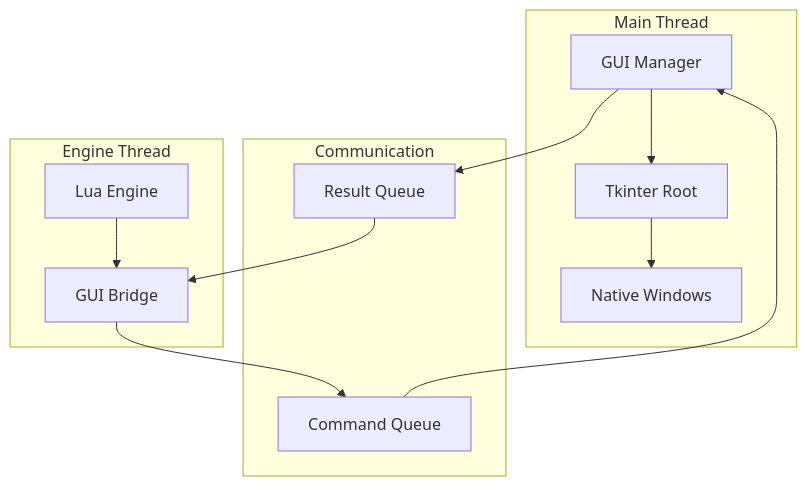
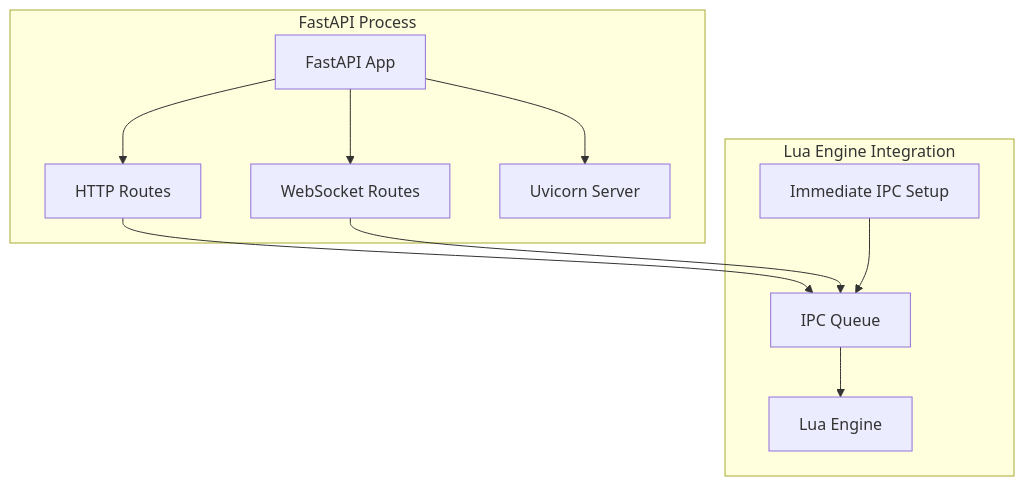
One commit to jangabrielsson/plua changed the third of 17 diagrams in ARCHITECTURE.md. Above: the diagram before and after it, drawn with Mermaid. The commit also changed other lines of this file and 2 other files, not shown here.

Commit message:
feat(scripts): Add PLua runner script for easier execution and environment setup

````diff
--- a/ARCHITECTURE.md
+++ b/ARCHITECTURE.md
@@ -111,26 +91,23 @@
 ```mermaid
 graph TB
-    subgraph "Main Thread"
-        GUI_MGR[GUI Manager]
-        TKINTER[Tkinter Root]
-        WINDOWS[Native Windows]
+    subgraph "FastAPI Process"
+        FASTAPI[FastAPI App]
+        HTTP_ROUTES[HTTP Routes]
+        WEBSOCKET_ROUTES[WebSocket Routes]
+        UVICORN[Uvicorn Server]
     end
     
-    subgraph "Engine Thread"
+    subgraph "Lua Engine Integration"
         LUA_ENGINE[Lua Engine]
-        GUI_BRIDGE[GUI Bridge]
+        IPC_QUEUE[IPC Queue]
+        IMMEDIATE_SETUP[Immediate IPC Setup]
     end
     
-    subgraph "Communication"
-        CMD_QUEUE[Command Queue]
-        RESULT_QUEUE[Result Queue]
-    end
-    
-    GUI_MGR --> TKINTER
-    TKINTER --> WINDOWS
-    LUA_ENGINE --> GUI_BRIDGE
-    GUI_BRIDGE --> CMD_QUEUE
-    CMD_QUEUE --> GUI_MGR
-    GUI_MGR --> RESULT_QUEUE
-    RESULT_QUEUE --> GUI_BRIDGE
+    FASTAPI --> HTTP_ROUTES
+    FASTAPI --> WEBSOCKET_ROUTES
+    FASTAPI --> UVICORN
+    HTTP_ROUTES --> IPC_QUEUE
+    WEBSOCKET_ROUTES --> IPC_QUEUE
+    IPC_QUEUE --> LUA_ENGINE
+    IMMEDIATE_SETUP --> IPC_QUEUE
 ```
````
